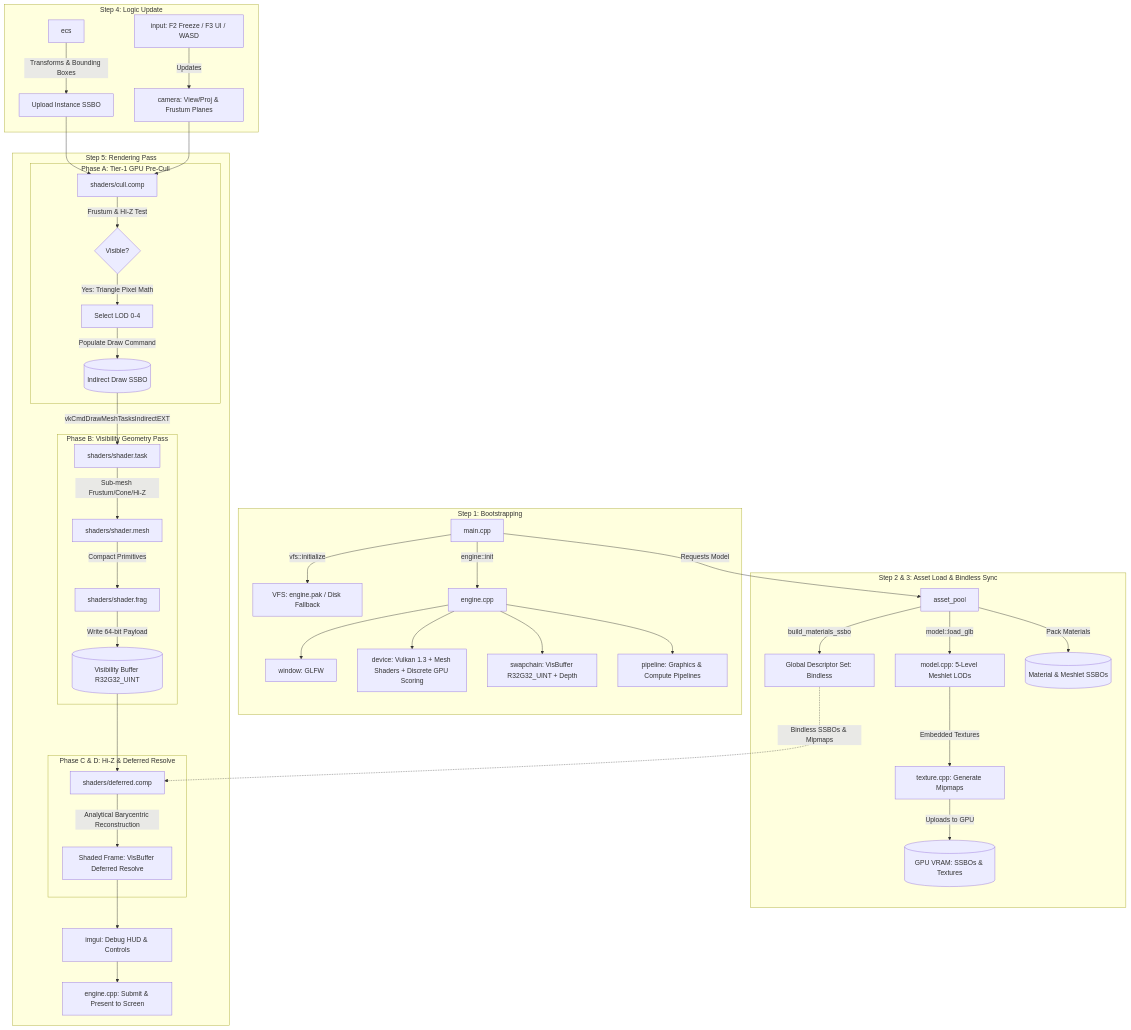
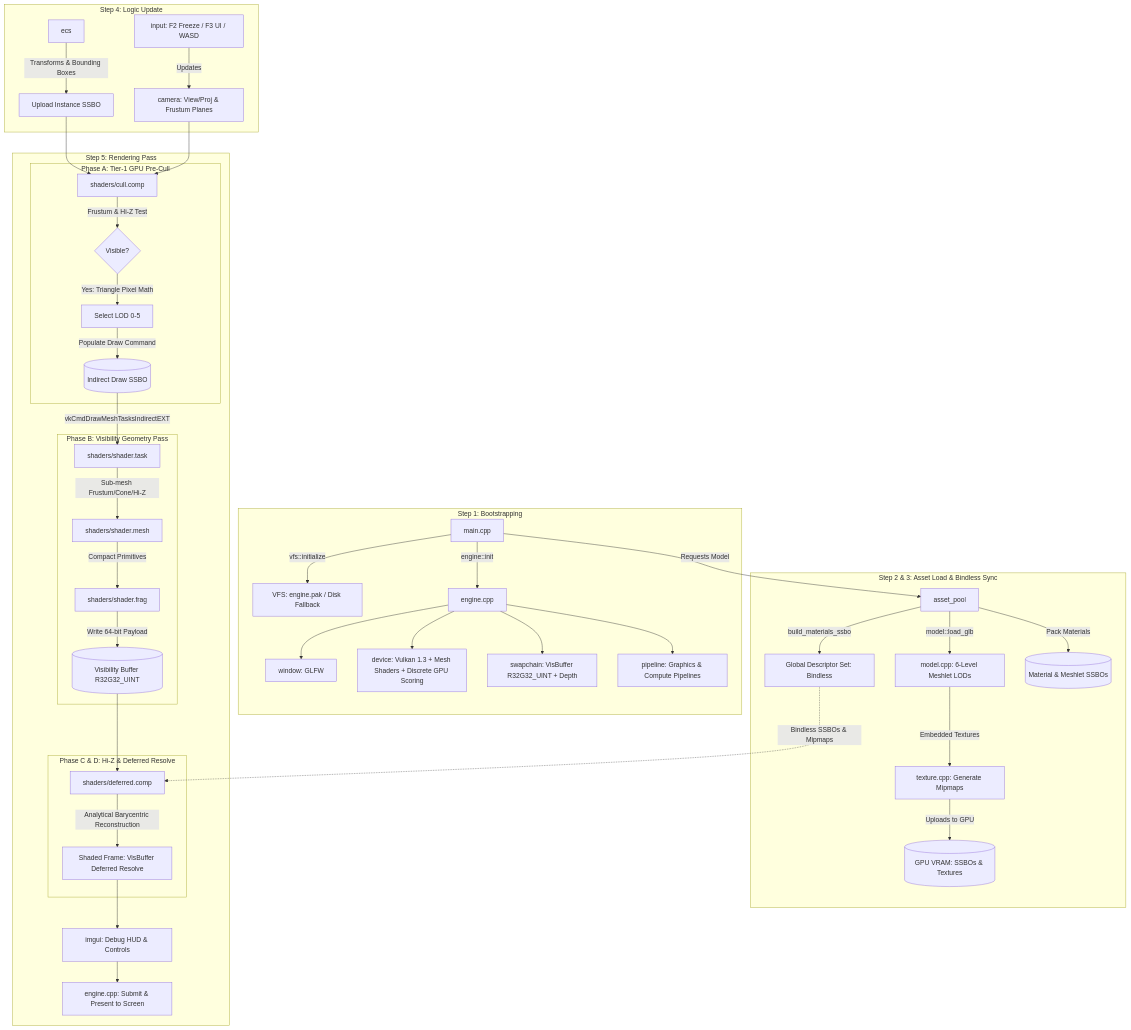
The diagram in docs/flow.md (maksim-sterkis/MaksimEngine-Showcase), drawn with Mermaid before and after one commit. The commit also changed 3 other files, not shown here.

Commit message:
docs: sync latest architecture documentation

````diff
--- a/docs/flow.md
+++ b/docs/flow.md
@@ -1,59 +1,59 @@
 ```mermaid
 graph TD
     %% Step 1
     subgraph Step 1: Bootstrapping
         Main1[main.cpp] -->|vfs::initialize| VFS[VFS: engine.pak / Disk Fallback]
         Main1 -->|engine::init| Engine[engine.cpp]
         Engine --> Win[window: GLFW]
         Engine --> Dev[device: Vulkan 1.3 + Mesh Shaders + Discrete GPU Scoring]
         Engine --> Swap[swapchain: VisBuffer R32G32_UINT + Depth]
         Engine --> Pipe[pipeline: Graphics & Compute Pipelines]
     end
 
     %% Step 2 & 3
     subgraph Step 2 & 3: Asset Load & Bindless Sync
         Main1 -->|Requests Model| Pool[asset_pool]
-        Pool -->|model::load_glb| Mod[model.cpp: 5-Level Meshlet LODs]
+        Pool -->|model::load_glb| Mod[model.cpp: 6-Level Meshlet LODs]
         Mod -->|Embedded Textures| Tex[texture.cpp: Generate Mipmaps]
         Tex -->|Uploads to GPU| VRAM[(GPU VRAM: SSBOs & Textures)]
         
         Pool -->|build_materials_ssbo| Desc[Global Descriptor Set: Bindless]
         Pool -->|Pack Materials| SSBO[(Material & Meshlet SSBOs)]
     end
 
     %% Step 4
     subgraph Step 4: Logic Update
         Inp[input: F2 Freeze / F3 UI / WASD] -->|Updates| Cam[camera: View/Proj & Frustum Planes]
         ECS[ecs] -->|Transforms & Bounding Boxes| Instances[Upload Instance SSBO]
     end
 
     %% Step 5
     subgraph Step 5: Rendering Pass
         %% Phase A
         subgraph Phase A: Tier-1 GPU Pre-Cull
             Instances --> CullComp[shaders/cull.comp]
             Cam --> CullComp
             CullComp -->|Frustum & Hi-Z Test| CullDecide{Visible?}
-            CullDecide -->|Yes: Triangle Pixel Math| PickLOD[Select LOD 0-4]
+            CullDecide -->|Yes: Triangle Pixel Math| PickLOD[Select LOD 0-5]
             PickLOD -->|Populate Draw Command| IndBuffer[(Indirect Draw SSBO)]
         end
 
         %% Phase B
         subgraph Phase B: Visibility Geometry Pass
             IndBuffer -->|vkCmdDrawMeshTasksIndirectEXT| TaskSh[shaders/shader.task]
             TaskSh -->|Sub-mesh Frustum/Cone/Hi-Z| MeshSh[shaders/shader.mesh]
             MeshSh -->|Compact Primitives| FragSh[shaders/shader.frag]
             FragSh -->|Write 64-bit Payload| VisBuf[(Visibility Buffer R32G32_UINT)]
         end
 
         %% Phase C & D
         subgraph Phase C & D: Hi-Z & Deferred Resolve
             VisBuf --> DefComp[shaders/deferred.comp]
             Desc -.->|Bindless SSBOs & Mipmaps| DefComp
             DefComp -->|Analytical Barycentric Reconstruction| ShadedFrame[Shaded Frame: VisBuffer Deferred Resolve]
         end
 
         ShadedFrame --> UI[imgui: Debug HUD & Controls]
         UI --> Present[engine.cpp: Submit & Present to Screen]
     end
 ```
````
